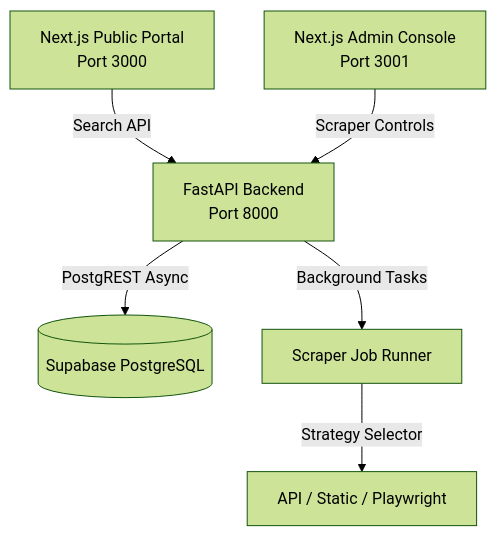
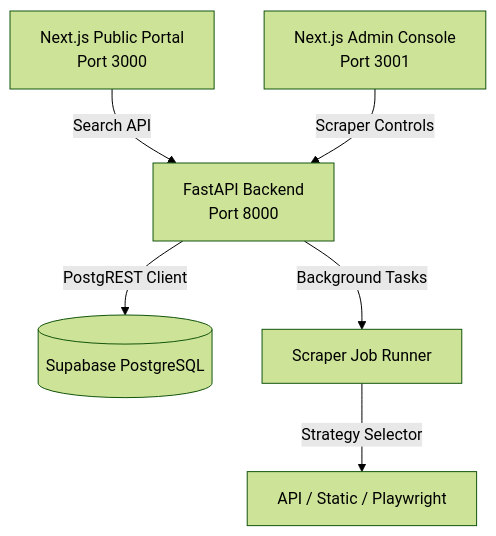
The diagram in README.md (ShreeshonGit/DisBiz), drawn with Mermaid (forest theme) before and after one commit. The commit also changed other lines of this file and 2 other files, not shown here.

Commit message:
Created Architecture.md, Development.md and updated readme.md

````diff
--- a/README.md
+++ b/README.md
@@ -9,8 +17,8 @@
 ```mermaid
 graph TD
     PublicPortal[Next.js Public Portal<br>Port 3000] -->|Search API| FastAPI[FastAPI Backend<br>Port 8000]
     AdminPortal[Next.js Admin Console<br>Port 3001] -->|Scraper Controls| FastAPI
-    FastAPI -->|PostgREST Async| Supabase[(Supabase PostgreSQL)]
+    FastAPI -->|PostgREST Client| Supabase[(Supabase PostgreSQL)]
     FastAPI -->|Background Tasks| ScraperRunner[Scraper Job Runner]
     ScraperRunner -->|Strategy Selector| ScrapingEngine[API / Static / Playwright]
 ```
````
